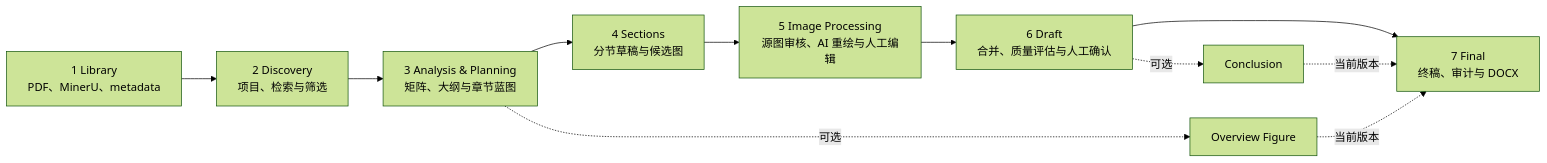
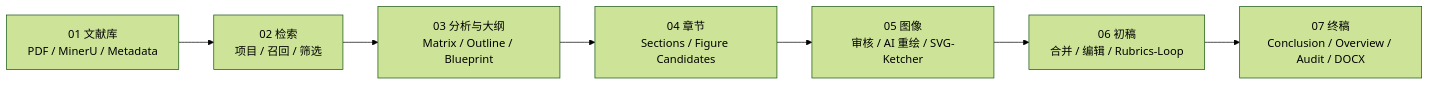
The first of 2 diagrams in README.md (XuehaiWang/review-writer), drawn with Mermaid (forest theme) before and after one commit. The commit also changed other lines of this file, not shown here.

````diff
--- a/README.md
+++ b/README.md
@@ -16,13 +18,9 @@
 ```mermaid
 flowchart LR
-    A["1 Library<br/>PDF、MinerU、metadata"] --> B["2 Discovery<br/>项目、检索与筛选"]
-    B --> C["3 Analysis & Planning<br/>矩阵、大纲与章节蓝图"]
-    C --> D["4 Sections<br/>分节草稿与候选图"]
-    D --> E["5 Image Processing<br/>源图审核、AI 重绘与人工编辑"]
-    E --> F["6 Draft<br/>合并、质量评估与人工确认"]
-    F --> G["7 Final<br/>终稿、审计与 DOCX"]
-    C -. 可选 .-> H["Overview Figure"]
-    F -. 可选 .-> I["Conclusion"]
-    H -. 当前版本 .-> G
-    I -. 当前版本 .-> G
+    L["01 文献库<br/>PDF / MinerU / Metadata"] --> D["02 检索<br/>项目 / 召回 / 筛选"]
+    D --> P["03 分析与大纲<br/>Matrix / Outline / Blueprint"]
+    P --> S["04 章节<br/>Sections / Figure Candidates"]
+    S --> I["05 图像<br/>审核 / AI 重绘 / SVG-Ketcher"]
+    I --> R["06 初稿<br/>合并 / 编辑 / Rubrics-Loop"]
+    R --> F["07 终稿<br/>Conclusion / Overview / Audit / DOCX"]
 ```
````
